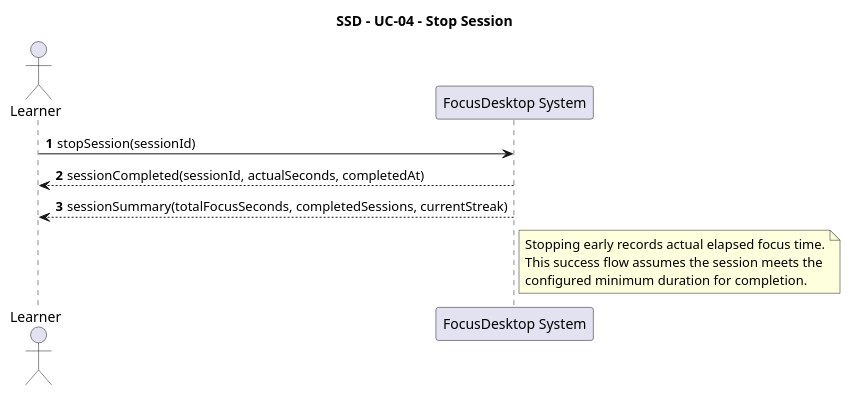
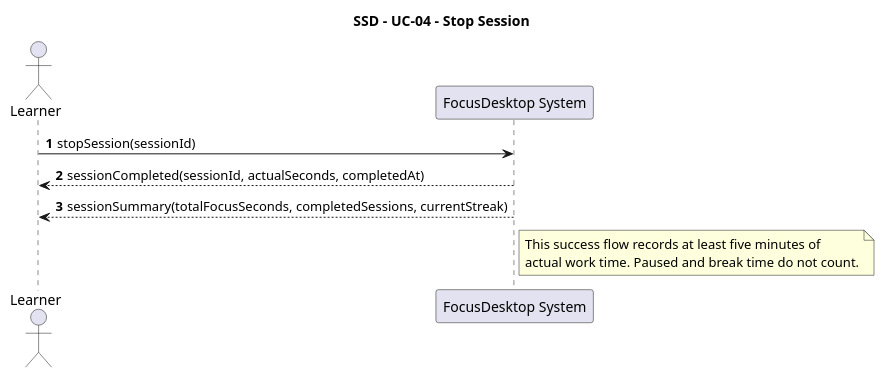
The diagram in docs/SSD/SSD_StopSession.puml (MiguelRibeiro1210/Focus-and-Study-Tracking), drawn with PlantUML before and after one commit. The commit also changed 10 other files, not shown here.

```diff
--- a/docs/SSD/SSD_StopSession.puml
+++ b/docs/SSD/SSD_StopSession.puml
@@ -1,18 +1,17 @@
 @startuml
 title SSD - UC-04 - Stop Session
 
 autonumber
 actor Learner
 participant "FocusDesktop System" as System
 
 Learner -> System : stopSession(sessionId)
 System --> Learner : sessionCompleted(sessionId, actualSeconds, completedAt)
 System --> Learner : sessionSummary(totalFocusSeconds, completedSessions, currentStreak)
 
 note right of System
-  Stopping early records actual elapsed focus time.
-  This success flow assumes the session meets the
-  configured minimum duration for completion.
+  This success flow records at least five minutes of
+  actual work time. Paused and break time do not count.
 end note
 
 @enduml
```
